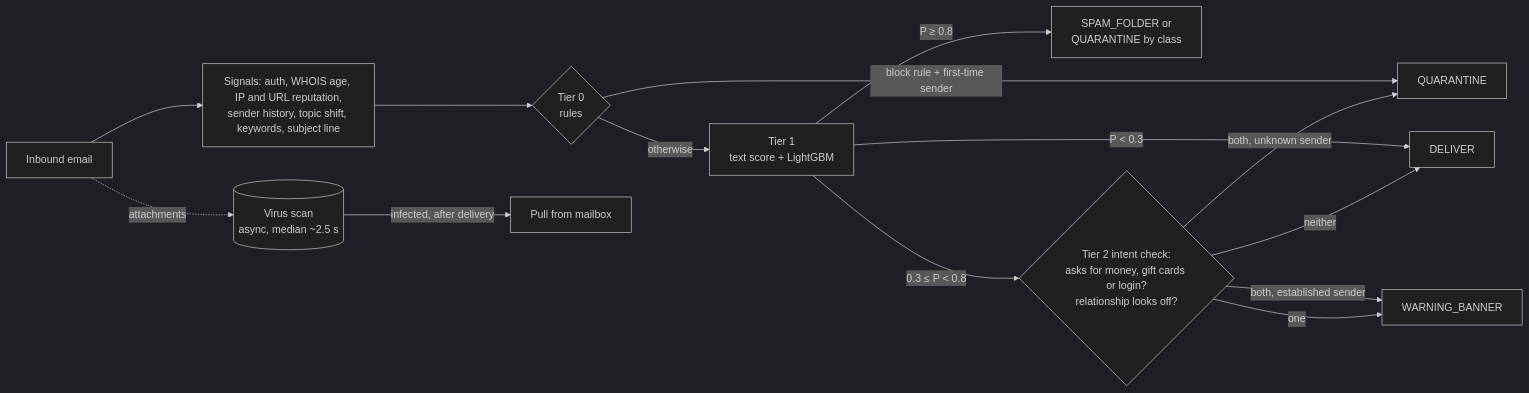
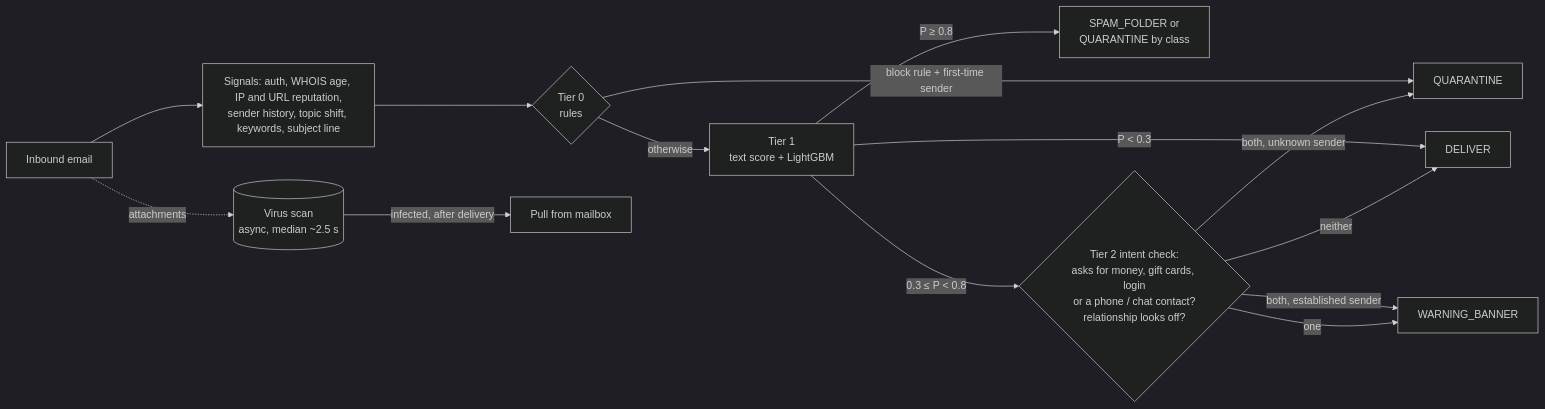
Before and after one commit to Prateek0017/Spam-filter: the diagram in README.md, drawn with Mermaid (dark theme). The commit also changed other lines of this file and 22 other files, not shown here.

First line of the commit message:
Intent keyword layer, advance-fee scams, neutral missing values, OOD check

````diff
--- a/README.md
+++ b/README.md
@@ -77,16 +82,16 @@
 ```mermaid
 flowchart LR
     A[Inbound email] --> S["Signals: auth, WHOIS age, IP and URL reputation,<br/>sender history, topic shift, keywords, subject line"]
     A -. attachments .-> V[(Virus scan<br/>async, median ~2.5 s)]
     S --> R{Tier 0<br/>rules}
     R -- "block rule + first-time sender" --> Q[QUARANTINE]
     R -- otherwise --> M[Tier 1<br/>text score + LightGBM]
     M -- "P < 0.3" --> D[DELIVER]
     M -- "P ≥ 0.8" --> X[SPAM_FOLDER or<br/>QUARANTINE by class]
-    M -- "0.3 ≤ P < 0.8" --> I{"Tier 2 intent check:<br/>asks for money, gift cards or login?<br/>relationship looks off?"}
+    M -- "0.3 ≤ P < 0.8" --> I{"Tier 2 intent check:<br/>asks for money, gift cards, login<br/>or a phone / chat contact?<br/>relationship looks off?"}
     I -- "both, unknown sender" --> Q
     I -- "both, established sender" --> B
     I -- one --> B[WARNING_BANNER]
     I -- neither --> D
     V -- "infected, after delivery" --> P[Pull from mailbox]
 ```
````
